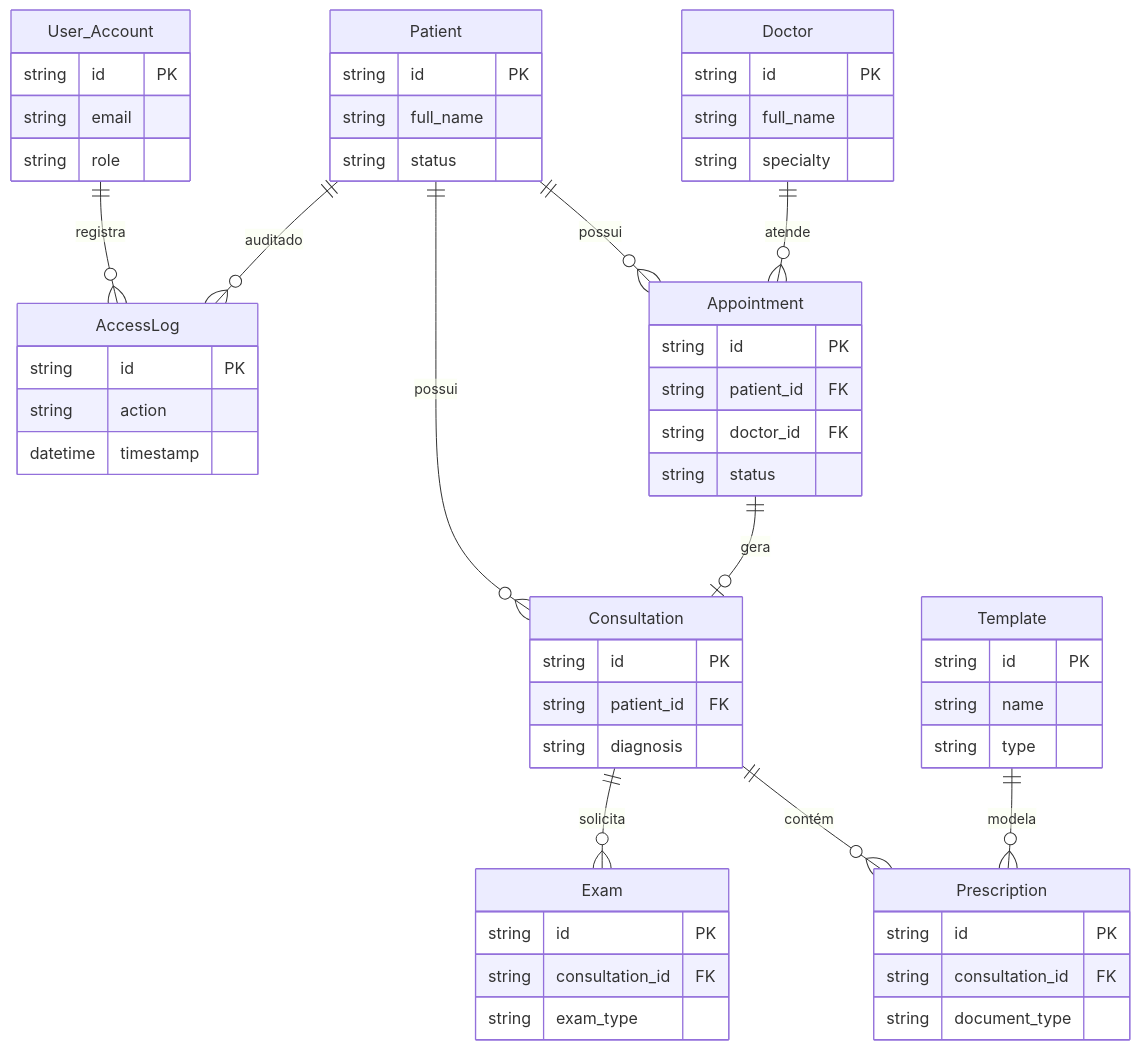
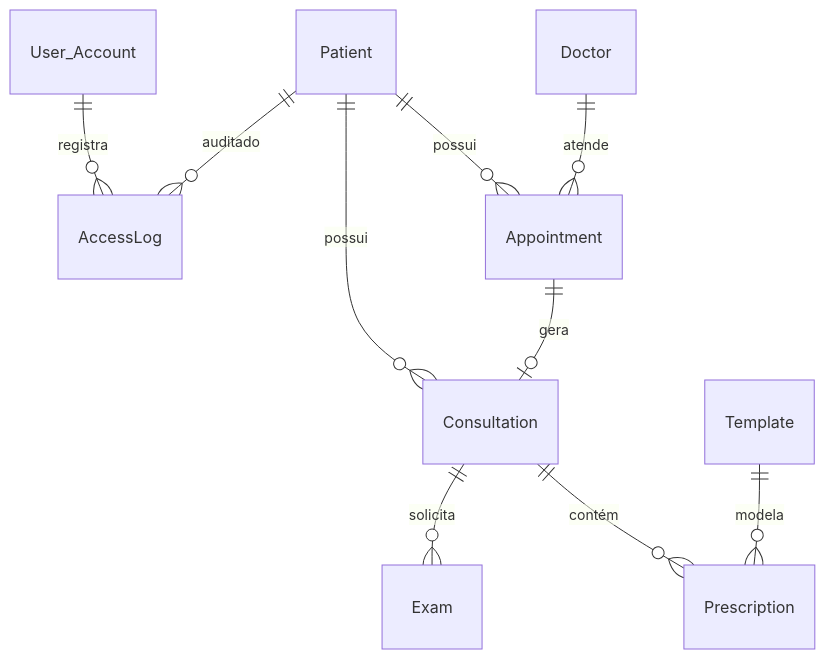
One commit to Adriano1976/prontuario-facil changed the third of 4 diagrams in README.md. Above: the diagram before and after it, drawn with Mermaid.

Commit message:
docs: atualiza README do projeto

````diff
--- a/README.md
+++ b/README.md
@@ -172,67 +172,12 @@
 ```mermaid
 erDiagram
     Patient ||--o{ Appointment : "possui"
     Doctor ||--o{ Appointment : "atende"
     Appointment ||--o| Consultation : "gera"
     Patient ||--o{ Consultation : "possui"
     Consultation ||--o{ Prescription : "contém"
     Consultation ||--o{ Exam : "solicita"
     Template ||--o{ Prescription : "modela"
     Patient ||--o{ AccessLog : "auditado"
     User_Account ||--o{ AccessLog : "registra"
-
-    Patient {
-        string id PK
-        string full_name
-        string status
-    }
-
-    Doctor {
-        string id PK
-        string full_name
-        string specialty
-    }
-
-    Appointment {
-        string id PK
-        string patient_id FK
-        string doctor_id FK
-        string status
-    }
-
-    Consultation {
-        string id PK
-        string patient_id FK
-        string diagnosis
-    }
-
-    Prescription {
-        string id PK
-        string consultation_id FK
-        string document_type
-    }
-
-    Exam {
-        string id PK
-        string consultation_id FK
-        string exam_type
-    }
-
-    Template {
-        string id PK
-        string name
-        string type
-    }
-
-    AccessLog {
-        string id PK
-        string action
-        datetime timestamp
-    }
-
-    User_Account {
-        string id PK
-        string email
-        string role
-    }
 ```
````
